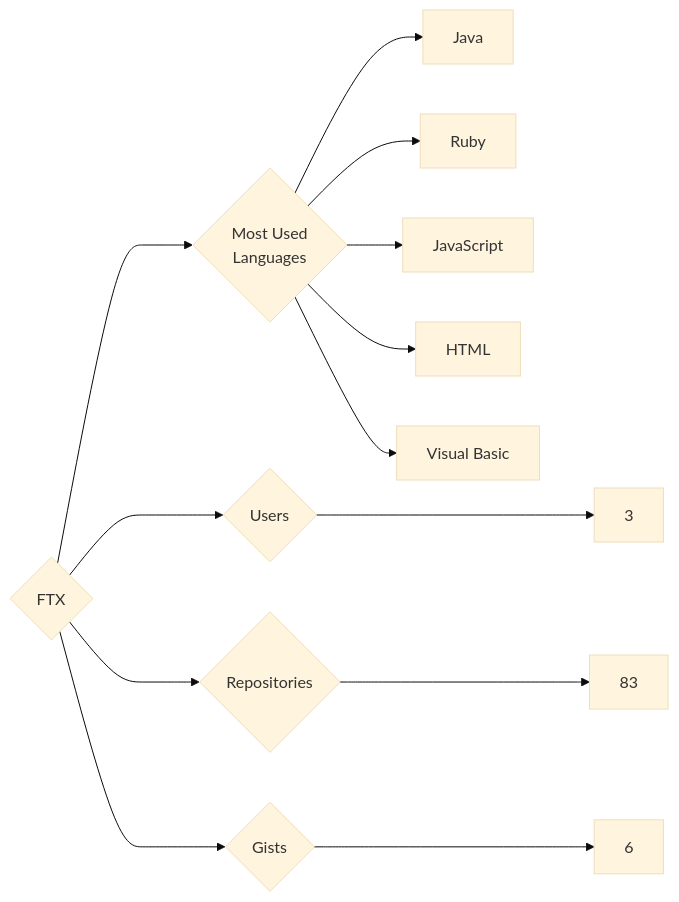
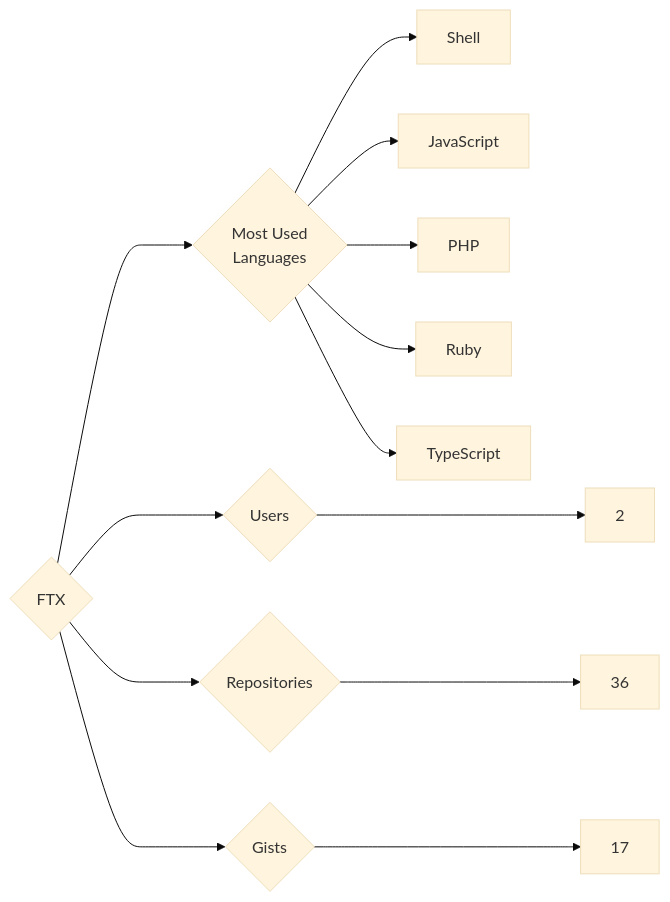
The diagram in targets/FTX/README.md (trickest/insiders), drawn with Mermaid (base theme) before and after one commit. The commit also changed 1089 other files, not shown here.

````diff
--- a/targets/FTX/README.md
+++ b/targets/FTX/README.md
@@ -3,13 +3,13 @@
 ```mermaid
 graph LR
 COMPANY_NAME{FTX}
-COMPANY_NAME ---> U{Users} ---> UN[3]
-COMPANY_NAME ---> R{Repositories} ---> RN[83]
-COMPANY_NAME ---> G{Gists} ---> GN[6]
+COMPANY_NAME ---> U{Users} ---> UN[2]
+COMPANY_NAME ---> R{Repositories} ---> RN[36]
+COMPANY_NAME ---> G{Gists} ---> GN[17]
 COMPANY_NAME ---> ML{Most Used<br>Languages}
-ML --> Java[Java]
+ML --> Shell[Shell]
+ML --> JavaScript[JavaScript]
+ML --> PHP[PHP]
 ML --> Ruby[Ruby]
-ML --> JavaScript[JavaScript]
-ML --> HTML[HTML]
-ML --> Visual_Basic[Visual Basic]
+ML --> TypeScript[TypeScript]
 ```
````
